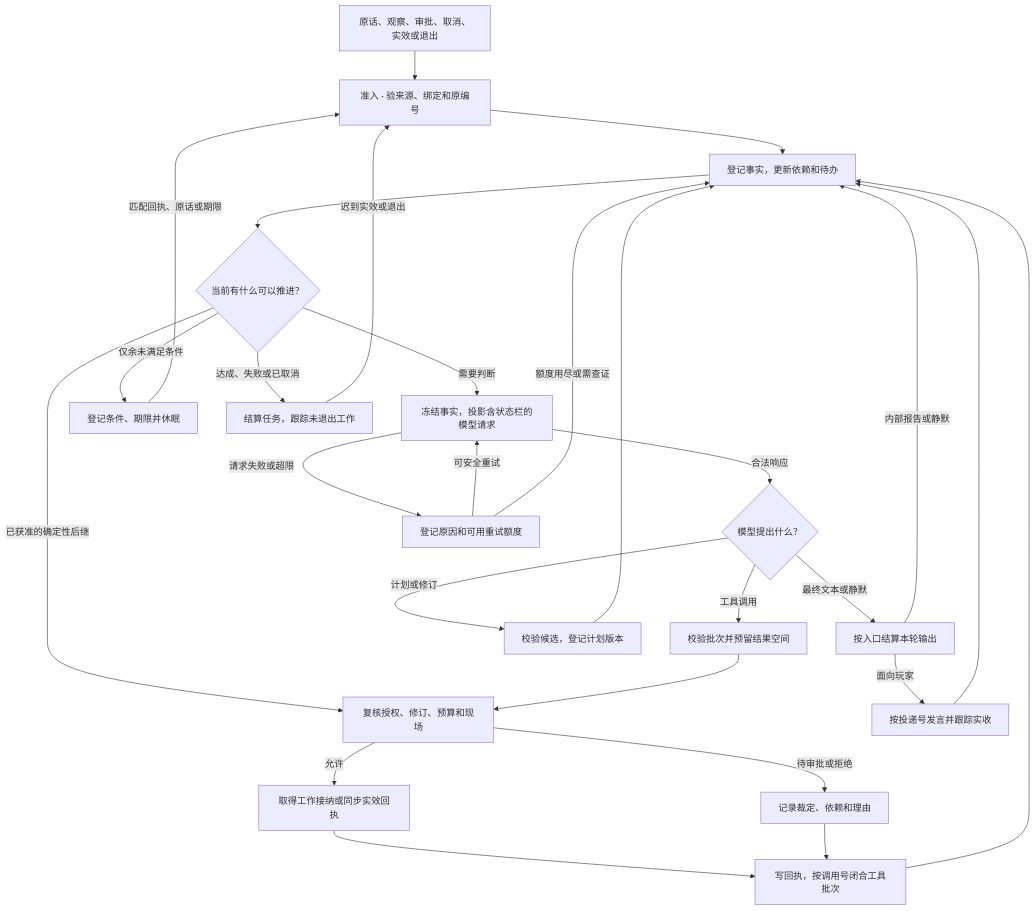
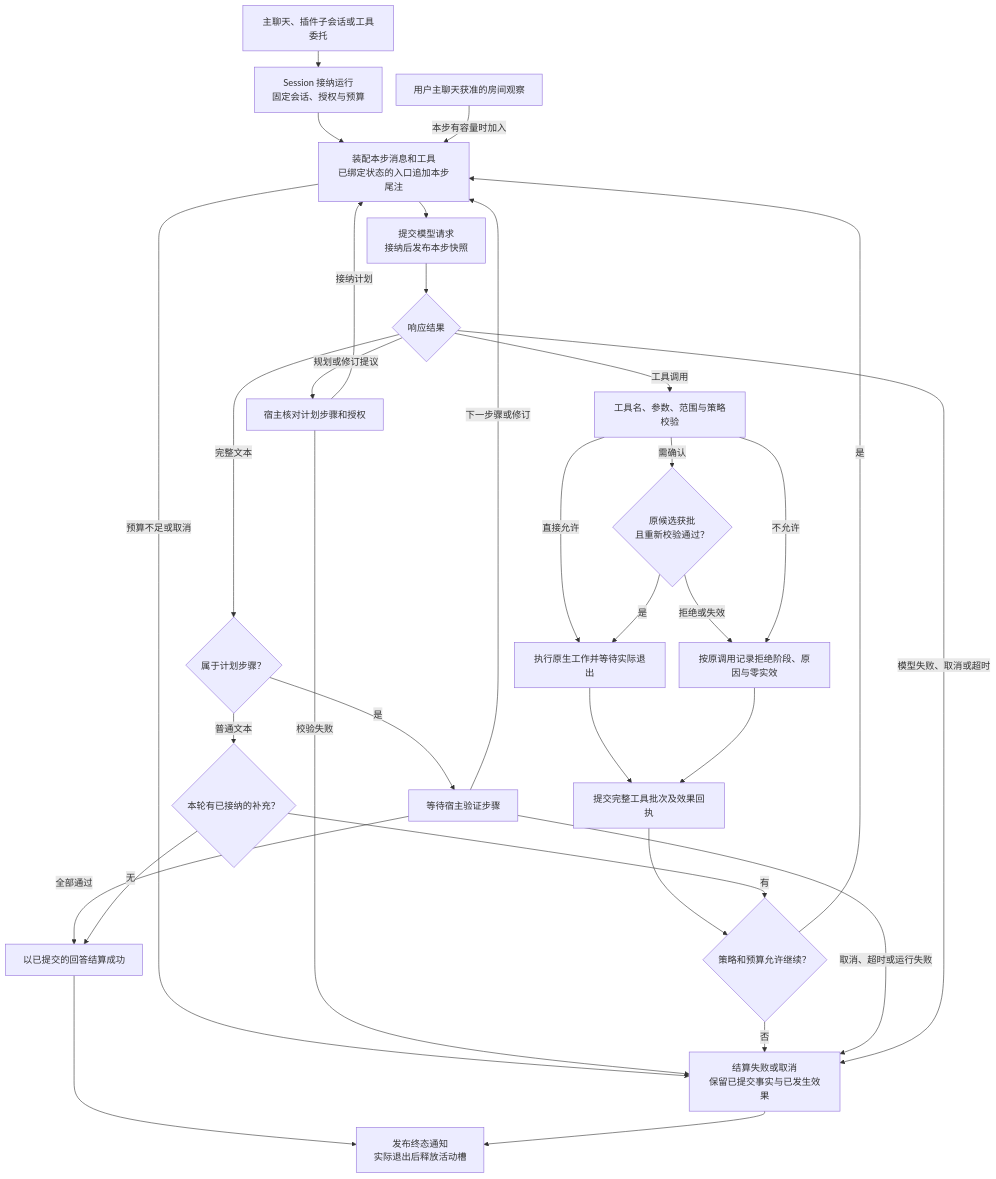
The diagram in 文档/设计/Agent循环与上下文设计.md (AuraKaliya/DaFeiYu-), drawn with Mermaid before and after one commit. The commit also changed other lines of this file and 12 other files, not shown here.

````diff
--- a/文档/设计/Agent循环与上下文设计.md
+++ b/文档/设计/Agent循环与上下文设计.md
@@ -61,31 +9,40 @@
 ```mermaid
-flowchart TD
-    accTitle: 宿主与插件共用的决策循环
-    accDescr: 从接纳事实开始，调度器处理确定性工作、模型决策、等待和结算。工具实效与玩家实收按原编号返回。
-    A["原话、观察、审批、取消、实效或退出"] --> B["准入 · 验来源、绑定和原编号"]
-    B --> C["登记事实，更新依赖和待办"]
-    C --> D{"当前有什么可以推进？"}
-    D -->|已获准的确定性后继| G["复核授权、修订、预算和现场"]
-    D -->|需要判断| E["冻结事实，投影含状态栏的模型请求"]
-    E -->|合法响应| F{"模型提出什么？"}
-    E -->|请求失败或超限| R["登记原因和可用重试额度"]
-    R -->|可安全重试| E
-    R -->|额度用尽或需查证| C
-    F -->|工具调用| P["校验批次并预留结果空间"]
-    P --> G
-    G -->|允许| H["取得工作接纳或同步实效回执"]
-    G -->|待审批或拒绝| J["记录裁定、依赖和理由"]
-    H --> K["写回执，按调用号闭合工具批次"]
-    J --> K
-    K --> C
-    F -->|计划或修订| L["校验候选，登记计划版本"]
-    L --> C
-    F -->|最终文本或静默| M["按入口结算本轮输出"]
-    M -->|面向玩家| N["按投递号发言并跟踪实收"]
-    N --> C
-    M -->|内部报告或静默| C
-    D -->|仅余未满足条件| W["登记条件、期限并休眠"]
-    W -->|匹配回执、原话或期限| B
-    D -->|达成、失败或已取消| Z["结算任务，跟踪未退出工作"]
-    Z -->|迟到实效或退出| B
+---
+config:
+  flowchart:
+    rankSpacing: 28
+    nodeSpacing: 24
+---
+flowchart TB
+    Input["主聊天、插件子会话或工具委托"] --> Session["Session 接纳运行<br/>固定会话、授权与预算"]
+    Session --> Prepare["装配本步消息和工具<br/>已绑定状态的入口追加本步尾注"]
+    Senses["用户主聊天获准的房间观察"] -->|本步有容量时加入| Prepare
+    Prepare --> Model["提交模型请求<br/>接纳后发布本步快照"]
+    Prepare -->|预算不足或取消| Stop
+    Model --> Response{"响应结果"}
+    Response -->|规划或修订提议| Proposal["宿主核对计划步骤和授权"]
+    Proposal -->|接纳计划| Prepare
+    Proposal -->|校验失败| Stop
+    Response -->|工具调用| Check["工具名、参数、范围与策略校验"]
+    Check -->|直接允许| Work["执行原生工作并等待实际退出"]
+    Check -->|需确认| Approval{"原候选获批<br/>且重新校验通过？"}
+    Approval -->|是| Work
+    Approval -->|拒绝或失效| Rejected["按原调用记录拒绝阶段、原因与零实效"]
+    Check -->|不允许| Rejected
+    Work --> Results["提交完整工具批次及效果回执"]
+    Rejected --> Results
+    Results --> Continue{"策略和预算允许继续？"}
+    Continue -->|是| Prepare
+    Continue -->|否| Stop["结算失败或取消<br/>保留已提交事实与已发生效果"]
+    Response -->|完整文本| Plan{"属于计划步骤？"}
+    Plan -->|是| Verify["等待宿主验证步骤"]
+    Verify -->|下一步骤或修订| Prepare
+    Verify -->|全部通过| Done["以已提交的回答结算成功"]
+    Verify -->|取消、超时或运行失败| Stop
+    Plan -->|普通文本| Pending{"本轮有已接纳的补充？"}
+    Pending -->|无| Done
+    Pending -->|有| Continue
+    Response -->|模型失败、取消或超时| Stop
+    Done --> Exit["发布终态通知<br/>实际退出后释放活动槽"]
+    Stop --> Exit
 ```
````
